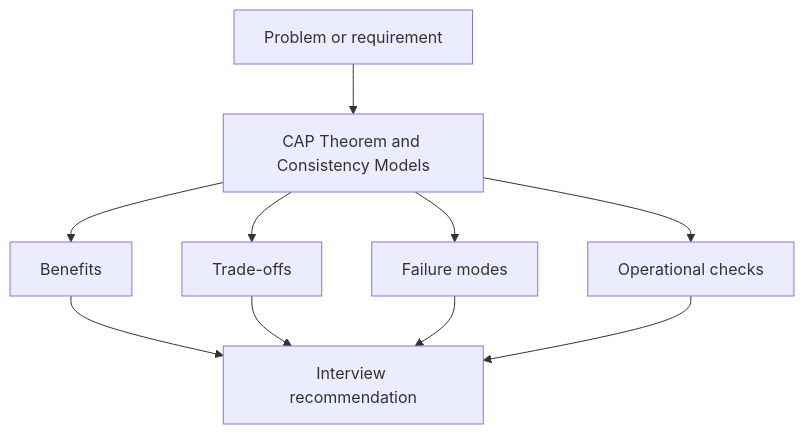
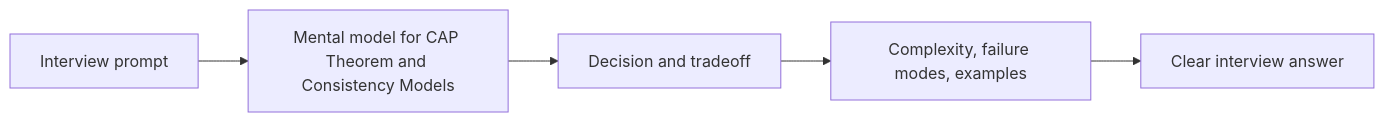
The diagram in fundamentals/cap-theorem/index.md (abstractinterviews/abstractinterviews.github.io), drawn with Mermaid before and after one commit. The commit also changed other lines of this file and 278 other files, not shown here.

````diff
--- a/fundamentals/cap-theorem/index.md
+++ b/fundamentals/cap-theorem/index.md
@@ -130,12 +122,7 @@
-~~~mermaid
-flowchart TD
-    Problem["Problem or requirement"] --> Concept["CAP Theorem and Consistency Models"]
-    Concept --> Benefits["Benefits"]
-    Concept --> Tradeoffs["Trade-offs"]
-    Concept --> FailureModes["Failure modes"]
-    Concept --> Operations["Operational checks"]
-    Benefits --> Decision["Interview recommendation"]
-    Tradeoffs --> Decision
-    FailureModes --> Decision
-    Operations --> Decision
-~~~
+```mermaid
+flowchart LR
+    Problem["Interview prompt"] --> Model["Mental model for CAP Theorem and Consistency Models"]
+    Model --> Choice["Decision and tradeoff"]
+    Choice --> Evidence["Complexity, failure modes, examples"]
+    Evidence --> Answer["Clear interview answer"]
+```
````
